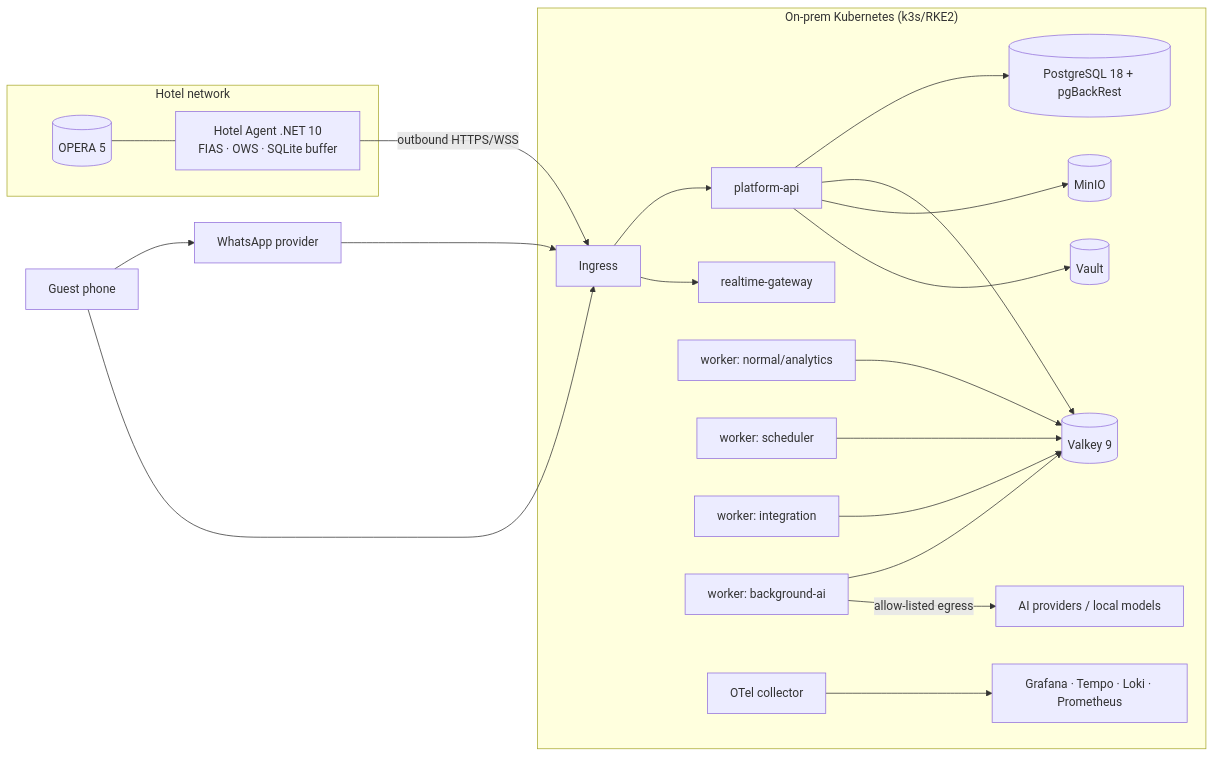
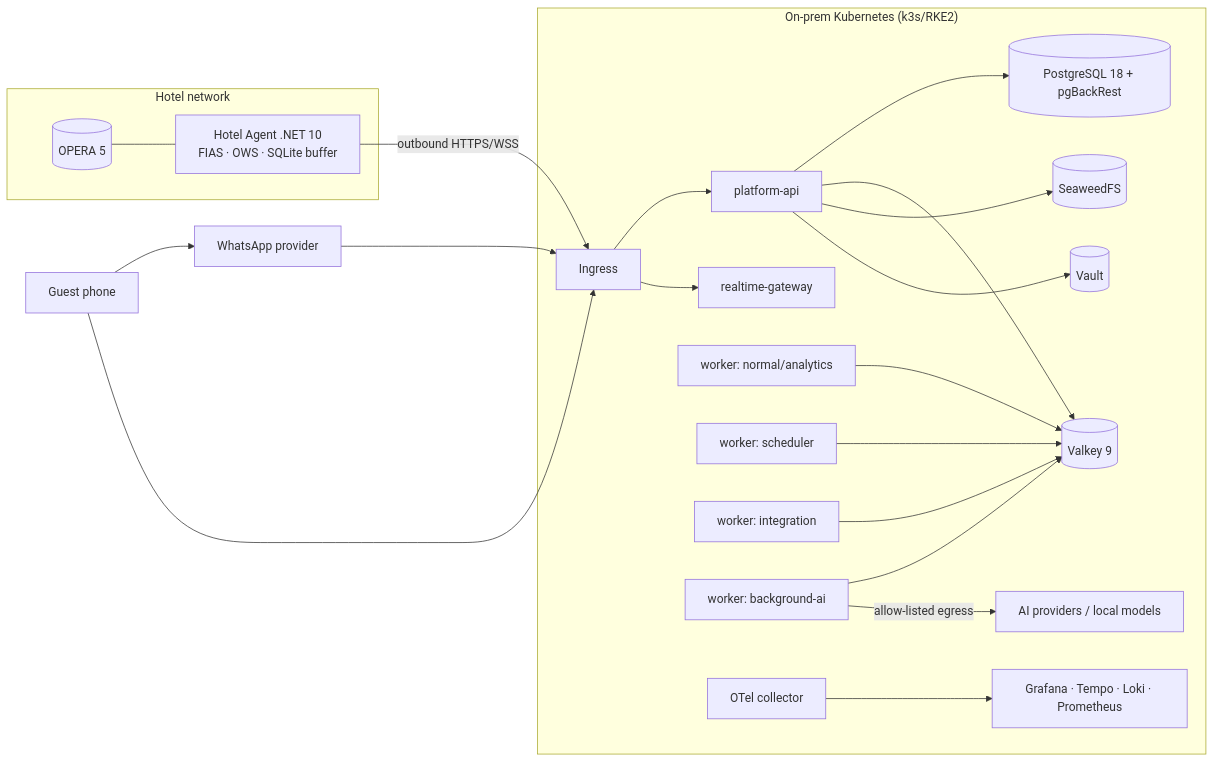
The fifth of 5 diagrams in docs/architecture/overview.md (karimabdelsalam/hotella), drawn with Mermaid before and after one commit. The commit also changed 14 other files, not shown here.

First line of the commit message:
fix(infra): replace MinIO with SeaweedFS 4.48 for S3-compatible storage

````diff
--- a/docs/architecture/overview.md
+++ b/docs/architecture/overview.md
@@ -114,23 +114,23 @@
 ```mermaid
 flowchart LR
   subgraph Hotel["Hotel network"]
     OP[(OPERA 5)] --- AG[Hotel Agent .NET 10<br/>FIAS · OWS · SQLite buffer]
   end
   AG -- outbound HTTPS/WSS --> ING[Ingress]
   subgraph Platform["On-prem Kubernetes (k3s/RKE2)"]
     ING --> API[platform-api]
     ING --> RT[realtime-gateway]
     API --> PG[(PostgreSQL 18 + pgBackRest)]
     API --> VK[(Valkey 9)]
     W1[worker: normal/analytics] --> VK
     W2[worker: scheduler] --> VK
     W3[worker: integration] --> VK
     W4[worker: background-ai] --> VK
     W4 -- allow-listed egress --> LLM[AI providers / local models]
-    API --> S3[(MinIO)]
+    API --> S3[(SeaweedFS)]
     API --> VAULT[(Vault)]
     OTEL[OTel collector] --> GRAF[Grafana · Tempo · Loki · Prometheus]
   end
   G[Guest phone] --> WAP[WhatsApp provider] --> ING
   G --> ING
 ```
````
